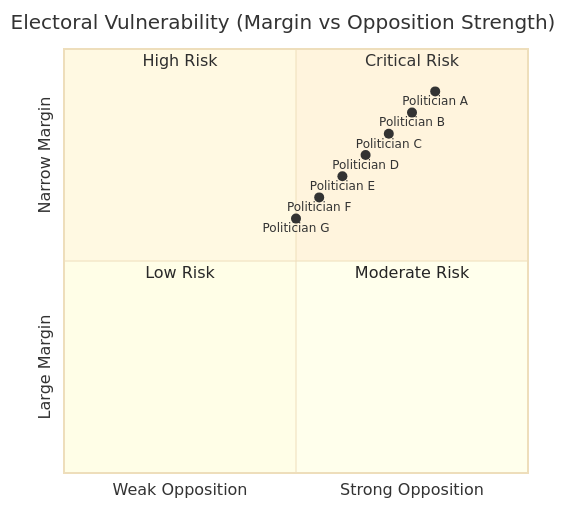
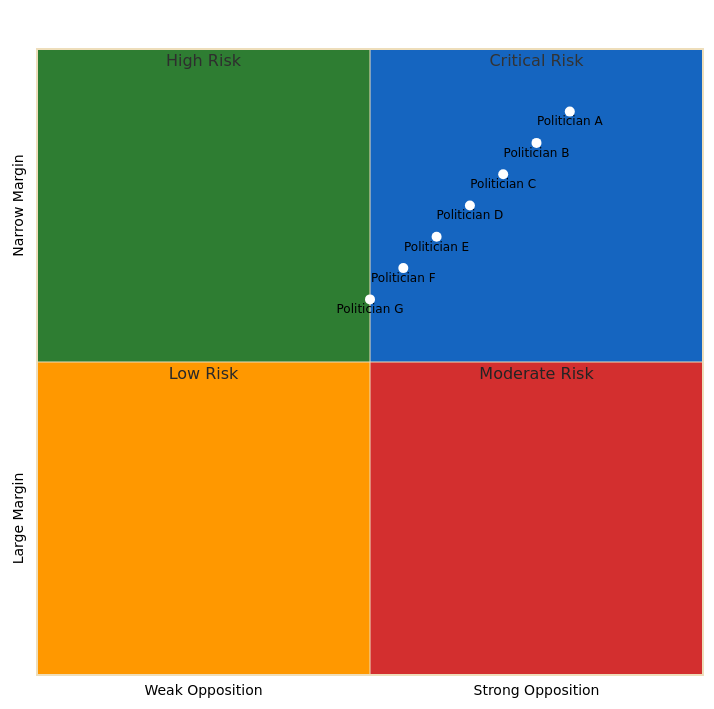
Before and after one commit to Hack23/cia: the fifth of 11 diagrams in json-export-specs/visualizations/top10-electoral-risk.md, drawn with Mermaid. The commit also changed other lines of this file and 30 other files, not shown here.

First line of the commit message:
fix: fix mermaid init blocks (single->double quotes), xychart quoting, and SWOT quadrant colors

````diff
--- a/json-export-specs/visualizations/top10-electoral-risk.md
+++ b/json-export-specs/visualizations/top10-electoral-risk.md
@@ -83,19 +83,42 @@
 ```mermaid
-%%{init: {'theme':'base'}}%%
+%%{init: {
+  "theme": "base",
+  "themeVariables": {
+    "quadrant1Fill": "#1565C0",
+    "quadrant2Fill": "#2E7D32",
+    "quadrant3Fill": "#FF9800",
+    "quadrant4Fill": "#D32F2F",
+    "quadrantTitleFill": "#ffffff",
+    "quadrantPointFill": "#ffffff",
+    "quadrantPointTextFill": "#000000",
+    "quadrantXAxisTextFill": "#000000",
+    "quadrantYAxisTextFill": "#000000"
+  },
+  "quadrantChart": {
+    "chartWidth": 700,
+    "chartHeight": 700,
+    "pointLabelFontSize": 12,
+    "titleFontSize": 20,
+    "quadrantLabelFontSize": 16,
+    "xAxisLabelFontSize": 14,
+    "yAxisLabelFontSize": 14
+  }
+}}%%
 quadrantChart
     title Electoral Vulnerability (Margin vs Opposition Strength)
     x-axis Weak Opposition --> Strong Opposition
     y-axis Large Margin --> Narrow Margin
     quadrant-1 Critical Risk
     quadrant-2 High Risk
     quadrant-3 Low Risk
     quadrant-4 Moderate Risk
     
-    Politician A: [0.8, 0.9]
-    Politician B: [0.75, 0.85]
-    Politician C: [0.7, 0.8]
-    Politician D: [0.65, 0.75]
-    Politician E: [0.6, 0.7]
-    Politician F: [0.55, 0.65]
-    Politician G: [0.5, 0.6]
+    "Politician A": [0.8, 0.9]
+    "Politician B": [0.75, 0.85]
+    "Politician C": [0.7, 0.8]
+    "Politician D": [0.65, 0.75]
+    "Politician E": [0.6, 0.7]
+    "Politician F": [0.55, 0.65]
+    "Politician G": [0.5, 0.6]
+
 ```
````
